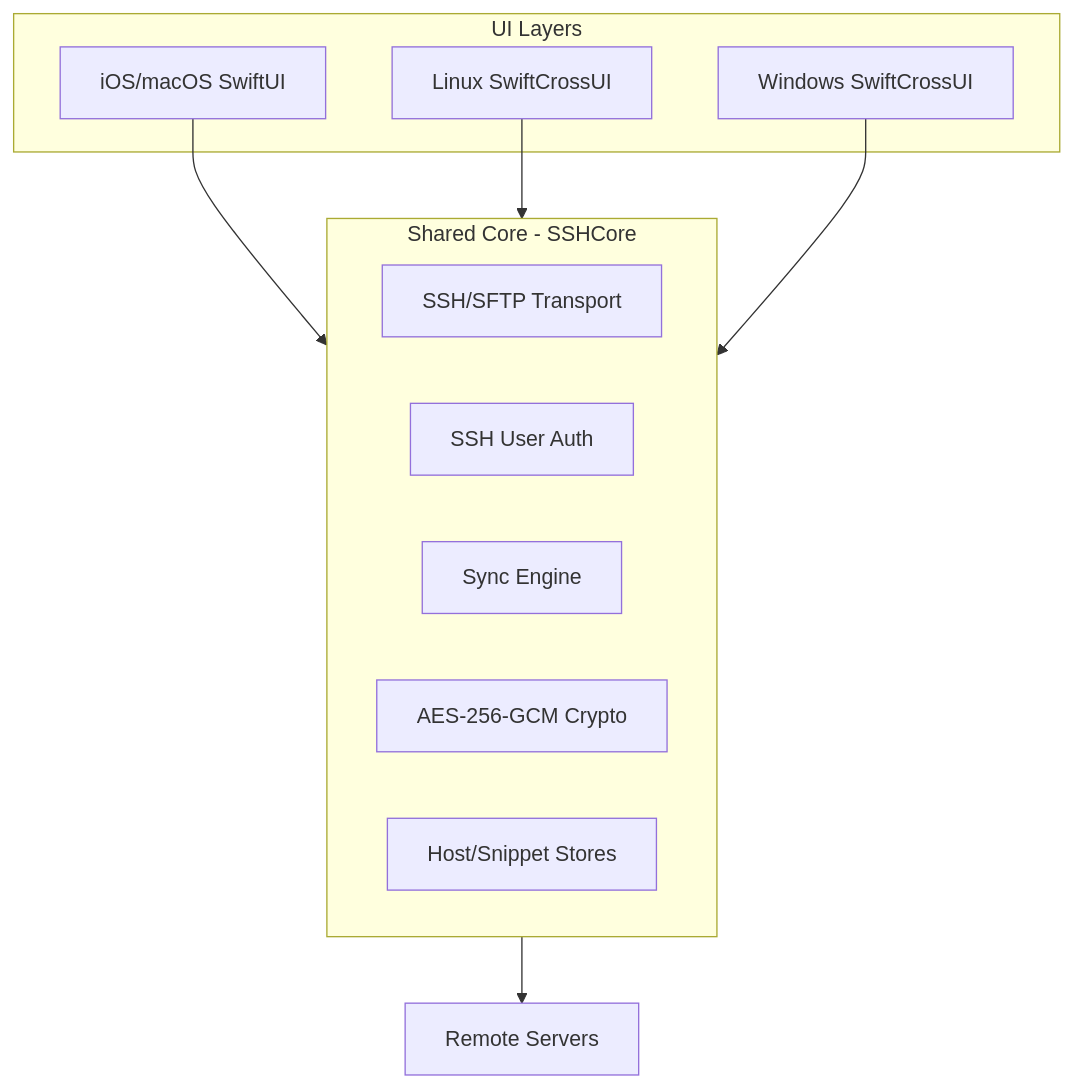
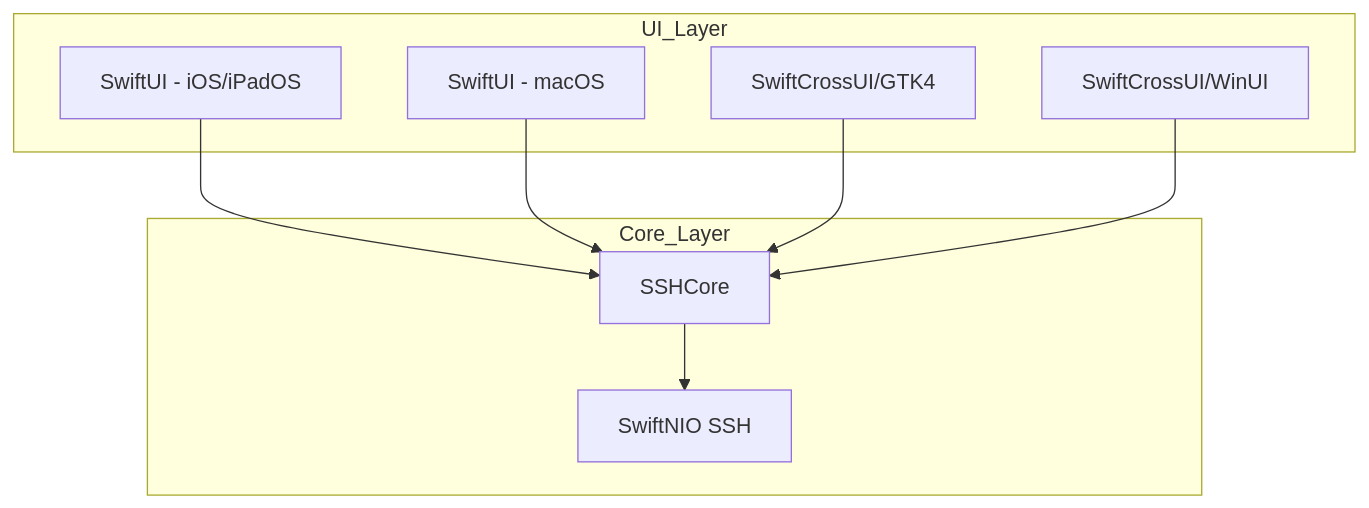
The first of 2 diagrams in .cubic/wiki/01-overview/02-vision-roadmap.md (blixten85/bastion), drawn with Mermaid before and after one commit. The commit also changed other lines of this file and 49 other files, not shown here.

````diff
--- a/.cubic/wiki/01-overview/02-vision-roadmap.md
+++ b/.cubic/wiki/01-overview/02-vision-roadmap.md
@@ -45,21 +32,20 @@
 ```mermaid
-flowchart TD
-    subgraph UI_Layers [UI Layers]
-        iOS[iOS/macOS SwiftUI]
-        Linux[Linux SwiftCrossUI]
-        Windows[Windows SwiftCrossUI]
+graph TD
+    subgraph Core_Layer
+        SC[SSHCore]
+        SN[SwiftNIO SSH]
+        SC --> SN
     end
 
-    subgraph Core [Shared Core - SSHCore]
-        SSH[SSH/SFTP Transport]
-        Auth[SSH User Auth]
-        Sync[Sync Engine]
-        Crypto[AES-256-GCM Crypto]
-        Store[Host/Snippet Stores]
+    subgraph UI_Layer
+        iOS[SwiftUI - iOS/iPadOS]
+        macOS[SwiftUI - macOS]
+        Linux[SwiftCrossUI/GTK4]
+        Windows[SwiftCrossUI/WinUI]
     end
 
-    iOS --> Core
-    Linux --> Core
-    Windows --> Core
-    Core --> TargetServers[Remote Servers]
+    iOS --> SC
+    macOS --> SC
+    Linux --> SC
+    Windows --> SC
 ```
````
